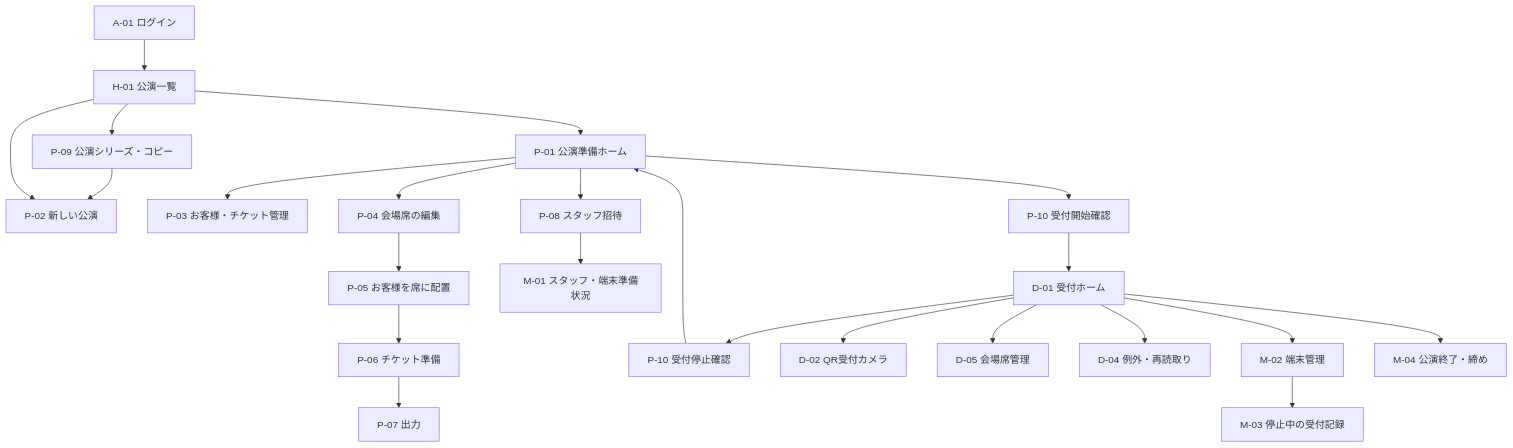
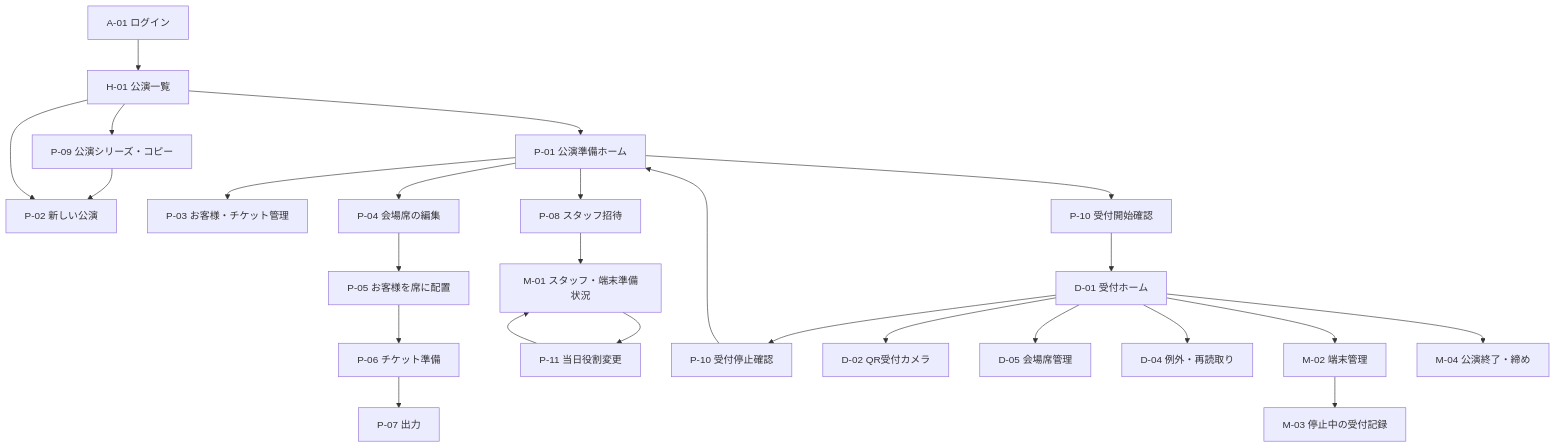
Before and after one commit to EU0207/concert-reception-system: the first of 2 diagrams in docs/development/screen-flow-wireframe-design.md, drawn with Mermaid. The commit also changed other lines of this file and 5 other files, not shown here.

````diff
--- a/docs/development/screen-flow-wireframe-design.md
+++ b/docs/development/screen-flow-wireframe-design.md
@@ -138,25 +140,27 @@
 ```mermaid
 flowchart TD
     Login[A-01 ログイン] --> Home[H-01 公演一覧]
     Home --> Series[P-09 公演シリーズ・コピー]
     Series --> New
     Home --> New[P-02 新しい公演]
     Home --> Prep[P-01 公演準備ホーム]
     Prep --> Guests[P-03 お客様・チケット管理]
     Prep --> SeatEdit[P-04 会場席の編集]
     SeatEdit --> Allocate[P-05 お客様を席に配置]
     Allocate --> Ticket[P-06 チケット準備]
     Ticket --> Output[P-07 出力]
     Prep --> Staff[P-08 スタッフ招待]
     Staff --> Devices[M-01 スタッフ・端末準備状況]
+    Devices --> TempAdmin[P-11 当日役割変更]
+    TempAdmin --> Devices
     Prep --> Start[P-10 受付開始確認]
     Start --> Day[D-01 受付ホーム]
     Day --> Stop[P-10 受付停止確認]
     Stop --> Prep
     Day --> Camera[D-02 QR受付カメラ]
     Day --> Seat[D-05 会場席管理]
     Day --> Exception[D-04 例外・再読取り]
     Day --> DeviceAdmin[M-02 端末管理]
     DeviceAdmin --> Quarantine[M-03 停止中の受付記録]
     Day --> Close[M-04 公演終了・締め]
 ```
````
